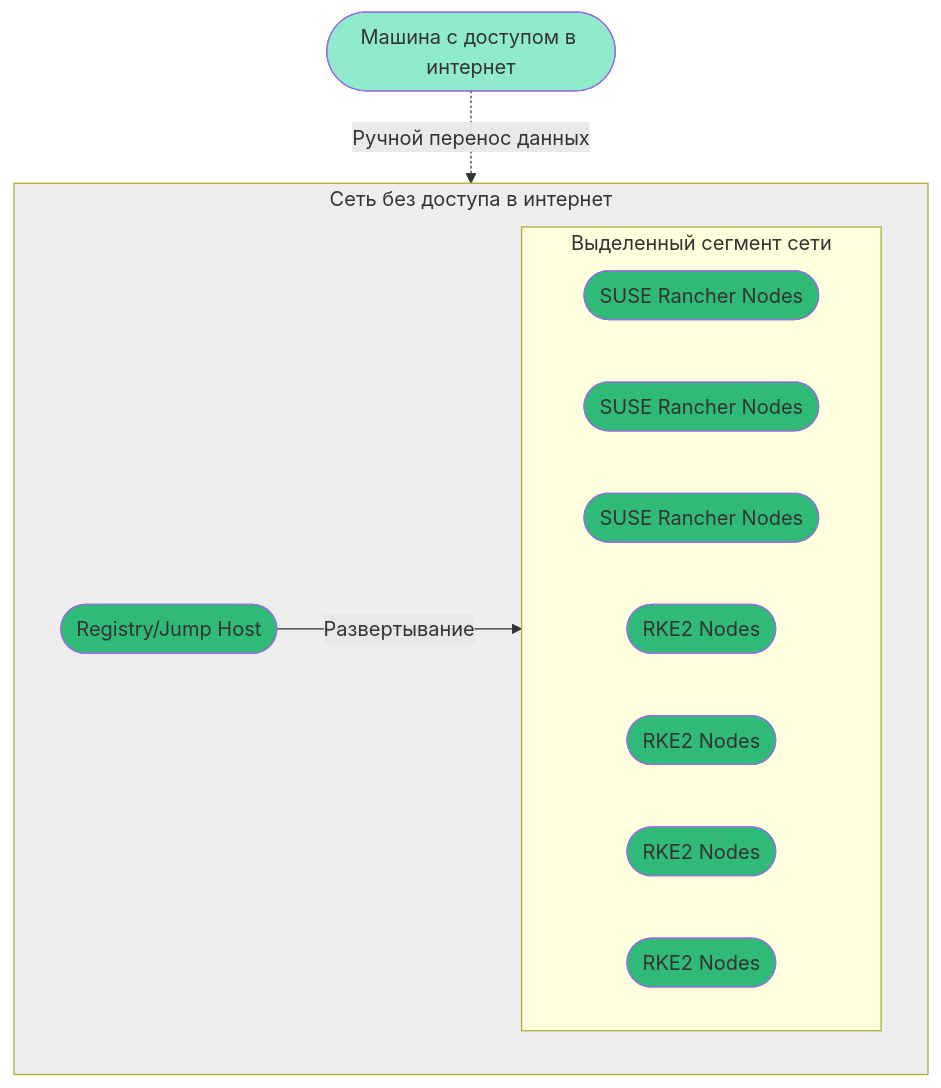
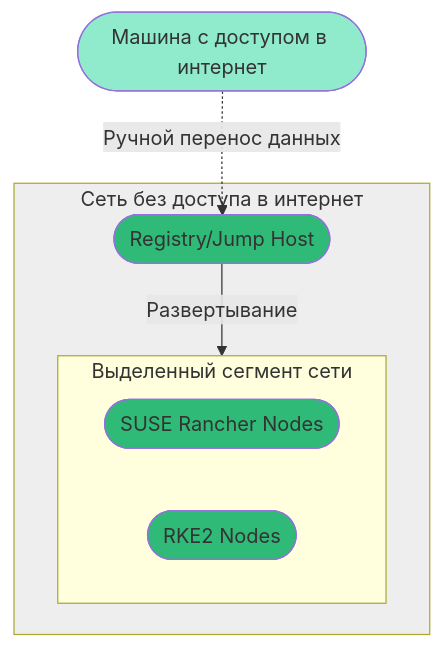
Before and after one commit to ppzhukov/airgap-10.2022: the diagram in README.md, drawn with Mermaid.

````diff
--- a/README.md
+++ b/README.md
@@ -5,31 +5,20 @@
 ```mermaid
 flowchart TB
 style id1 fill:#90EBCD
 style id2 fill:#30BA78
 style id3 fill:#30BA78
-style id31 fill:#30BA78
-style id32 fill:#30BA78
 style id4 fill:#30BA78
-style id41 fill:#30BA78
-style id42 fill:#30BA78
-style id43 fill:#30BA78
 style d10 fill:#EEEEEE
 
   id1([Машина с доступом в интернет])
+  direction LR
   id1 -.Ручной перенос данных.-> id2  
   subgraph d10 ["Сеть без доступа в интернет"]
-    direction LR
     id2(["Registry/Jump Host"])
     id2 --> |Развертывание| d30
     subgraph d30 ["Выделенный сегмент сети"]
-      direction LR
       id3([SUSE Rancher Nodes])
-      id31([SUSE Rancher Nodes])
-      id32([SUSE Rancher Nodes])
       id4([RKE2 Nodes])
-      id41([RKE2 Nodes])
-      id42([RKE2 Nodes])
-      id43([RKE2 Nodes])
     end
   end
 ```
````
